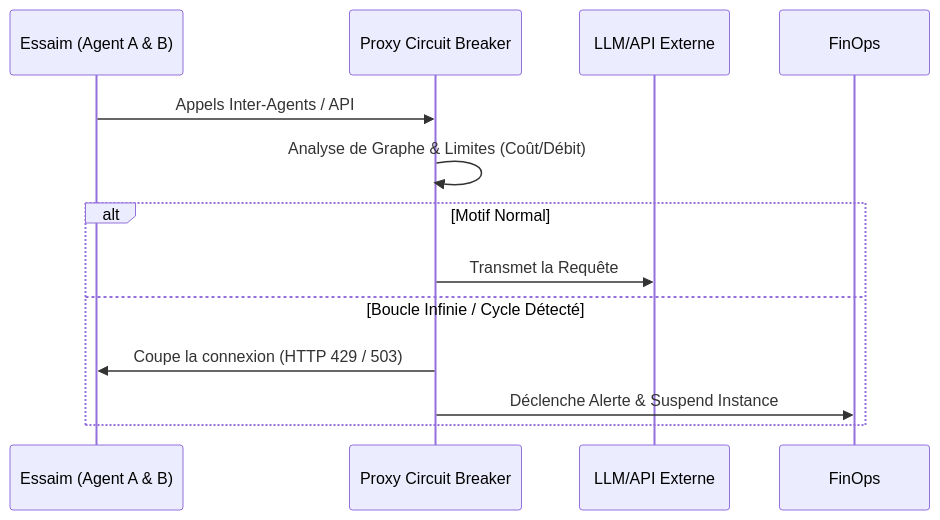
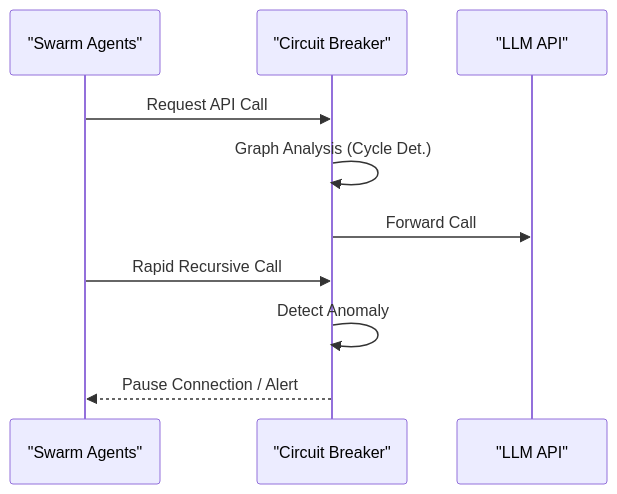
Before and after one commit to flouzzy/top-100-ai-startup-ideas: the second of 2 diagrams in ideas/agent-circuit-breaker/README.fr.md, drawn with Mermaid. The commit also changed other lines of this file and 41 other files, not shown here.

````diff
--- a/ideas/agent-circuit-breaker/README.fr.md
+++ b/ideas/agent-circuit-breaker/README.fr.md
@@ -39,14 +42,12 @@
 ```mermaid
 sequenceDiagram
-    participant Agents as Essaim (Agent A & B)
-    participant CircuitBreaker as Proxy Circuit Breaker
-    participant ExternalAPI as LLM/API Externe
-    Agents->>CircuitBreaker: Appels Inter-Agents / API
-    CircuitBreaker->>CircuitBreaker: Analyse de Graphe & Limites (Coût/Débit)
-    alt Motif Normal
-        CircuitBreaker->>ExternalAPI: Transmet la Requête
-    else Boucle Infinie / Cycle Détecté
-        CircuitBreaker->>Agents: Coupe la connexion (HTTP 429 / 503)
-        CircuitBreaker->>FinOps: Déclenche Alerte & Suspend Instance
-    end
+    participant Ag as "Swarm Agents"
+    participant CB as "Circuit Breaker"
+    participant API as "LLM API"
+    Ag->>CB: Request API Call
+    CB->>CB: Graph Analysis (Cycle Det.)
+    CB->>API: Forward Call
+    Ag->>CB: Rapid Recursive Call
+    CB->>CB: Detect Anomaly
+    CB-->>Ag: Pause Connection / Alert
 ```
````
